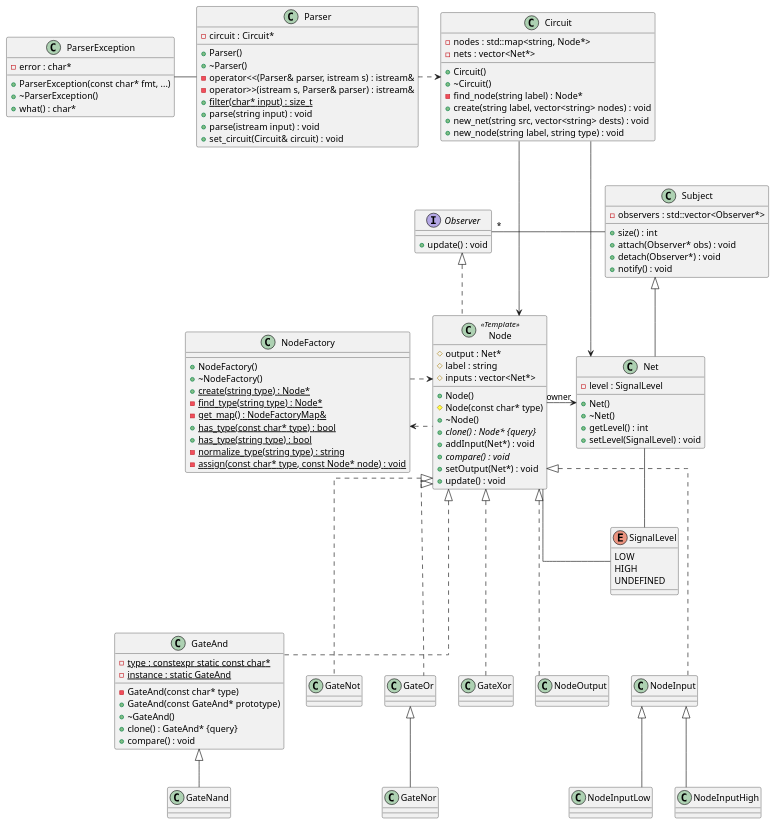
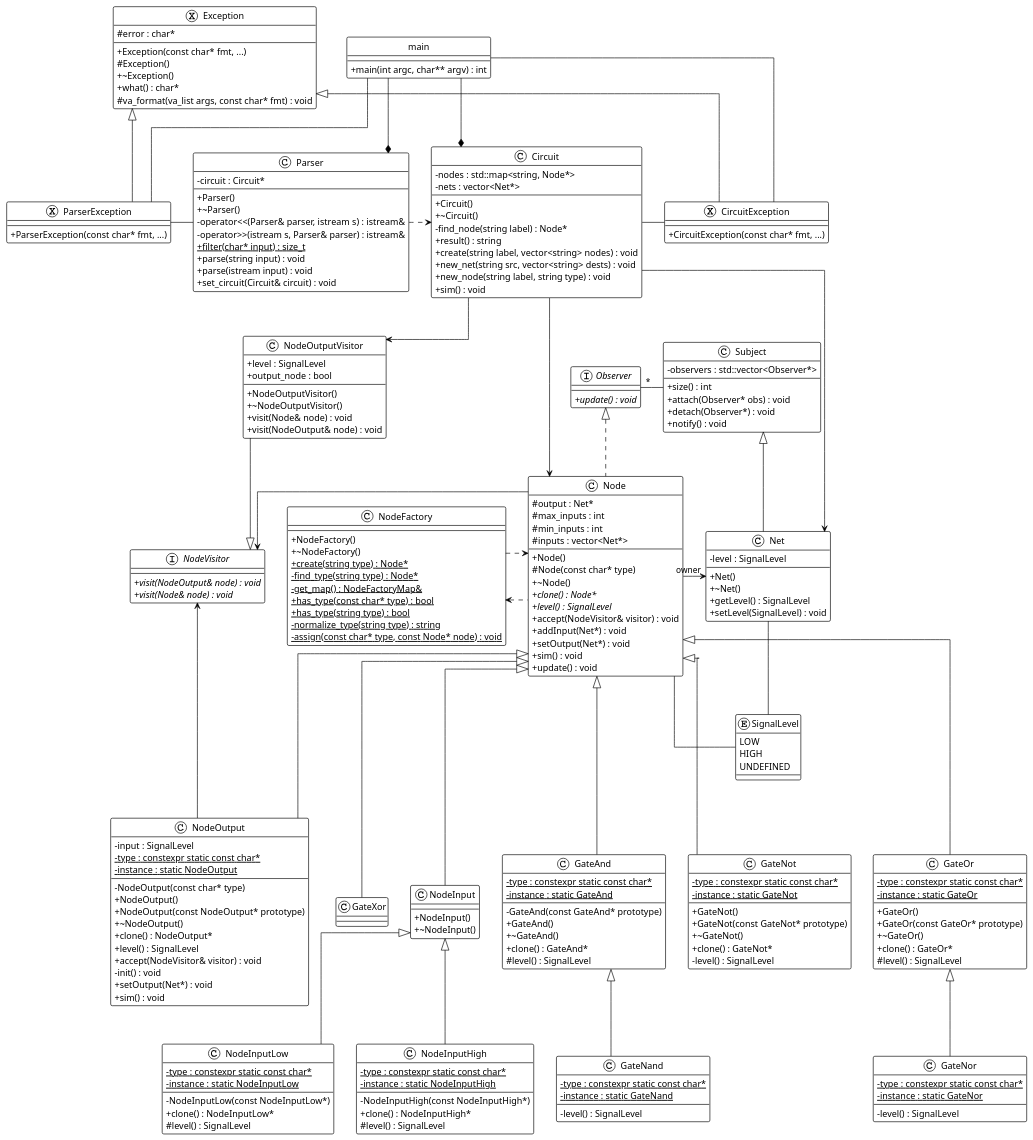
The diagram in docs/class-diag.puml (lonkaars/depa), drawn with PlantUML before and after one commit.

Commit message:
update class diagram

```diff
--- a/docs/class-diag.puml
+++ b/docs/class-diag.puml
@@ -1,26 +1,36 @@
 @startuml
 
+!theme plain
 skinparam linetype ortho
+skinparam classAttributeIconSize 0
 
-class Node <<Template>> { /' (also ConcreteObserver) '/
+class main {
+	+main(int argc, char** argv) : int
+}
+hide main circle
+
+class Node { /' (also ConcreteObserver) '/
 	+Node()
 	#Node(const char* type)
 	+~Node()
 	#output : Net*
-	+{abstract} clone() : Node* {query}
-	#label : string
+	+{abstract} clone() : Node*
+	+{abstract} level() : SignalLevel
+	#max_inputs : int
+	#min_inputs : int
 	#inputs : vector<Net*>
+	+accept(NodeVisitor& visitor) : void
 	+addInput(Net*) : void
-	+{abstract} compare() : void
 	+setOutput(Net*) : void
+	+sim() : void
 	+update() : void
+}
 
-}
 class Net { /' (also ConcreteSubject) '/
 	+Net()
 	+~Net()
 	-level : SignalLevel
-	+getLevel() : int
+	+getLevel() : SignalLevel
 	+setLevel(SignalLevel) : void
 }
 
@@ -31,59 +41,130 @@
 	+detach(Observer*) : void
 	+notify() : void
 }
+
 interface Observer {
-	+update() : void
+	+{abstract} update() : void
 }
 
 class GateAnd {
-	-GateAnd(const char* type)
-	+GateAnd(const GateAnd* prototype)
+	-GateAnd(const GateAnd* prototype)
+	+GateAnd()
 	+~GateAnd()
-	+clone() : GateAnd* {query}
+	+clone() : GateAnd*
+	#level() : SignalLevel
 	-{static} type : constexpr static const char*
 	-{static} instance : static GateAnd
-	+compare() : void
 }
-class GateNand
-class GateNor
-class GateNot
-class GateOr
-class GateXor
-class NodeOutput
-class NodeInput
+
+class GateNand {
+	-level() : SignalLevel
+	-{static} type : constexpr static const char*
+	-{static} instance : static GateNand
+}
+
+class GateNor {
+	-level() : SignalLevel
+	-{static} type : constexpr static const char*
+	-{static} instance : static GateNor
+}
+
+class GateNot {
+	+GateNot()
+	+GateNot(const GateNot* prototype)
+	+~GateNot()
+	+clone() : GateNot*
+	-level() : SignalLevel
+	-{static} type : constexpr static const char*
+	-{static} instance : static GateNot
+}
+
+class GateOr {
+	+GateOr()
+	+GateOr(const GateOr* prototype)
+	+~GateOr()
+	+clone() : GateOr*
+	#level() : SignalLevel
+	-{static} type : constexpr static const char*
+	-{static} instance : static GateOr
+}
+
+class GateXor {
+
+}
+
+class NodeInput {
+	+NodeInput()
+	+~NodeInput()
+}
+
 
 enum SignalLevel {
   LOW
 	HIGH
 	UNDEFINED
 }
-Net -- SignalLevel
-Node -- SignalLevel
 
-Node <|-[dashed]-- GateAnd
-GateAnd <|-- GateNand
-GateOr <|-- GateNor
-Node <|-[dashed]-- GateNot
-Node <|-[dashed]-- GateOr
-Node <|-[dashed]-- GateXor
-Node <|-[dashed]-- NodeOutput
-Node <|-[dashed]-- NodeInput
+class NodeInputLow {
+	-NodeInputLow(const NodeInputLow*)
+	+clone() : NodeInputLow*
+	#level() : SignalLevel
+	-{static} type : constexpr static const char*
+	-{static} instance : static NodeInputLow
+}
 
-class NodeInputLow
-class NodeInputHigh
-NodeInput <|-- NodeInputLow
-NodeInput <|-- NodeInputHigh
+class NodeInputHigh {
+	-NodeInputHigh(const NodeInputHigh*)
+	+clone() : NodeInputHigh*
+	#level() : SignalLevel
+	-{static} type : constexpr static const char*
+	-{static} instance : static NodeInputHigh
+}
 
-Subject <|-- Net
-Observer <|-[dashed]- Node
-Node -> "owner" Net
-Observer "*" - Subject
+class NodeOutput {
+	-NodeOutput(const char* type)
+	+NodeOutput()
+	+NodeOutput(const NodeOutput* prototype)
+	+~NodeOutput()
+	+clone() : NodeOutput*
+	-input : SignalLevel
+	+level() : SignalLevel
+	-{static} type : constexpr static const char*
+	-{static} instance : static NodeOutput
+	+accept(NodeVisitor& visitor) : void
+	-init() : void
+	+setOutput(Net*) : void
+	+sim() : void
+}
 
-class ParserException {
+class NodeOutputVisitor {
+	+NodeOutputVisitor()
+	+~NodeOutputVisitor()
+	+level : SignalLevel
+	+output_node : bool
+	+visit(Node& node) : void
+	+visit(NodeOutput& node) : void
+}
+
+interface NodeVisitor {
+	+{abstract} visit(NodeOutput& node) : void
+	+{abstract} visit(Node& node) : void
+}
+
+exception Exception {
+	+Exception(const char* fmt, ...)
+	#Exception()
+	+~Exception()
+	#error : char*
+	+what() : char*
+	#va_format(va_list args, const char* fmt) : void
+}
+
+exception CircuitException {
+	+CircuitException(const char* fmt, ...)
+}
+
+exception ParserException {
 	+ParserException(const char* fmt, ...)
-	+~ParserException()
-	-error : char*
-	+what() : char*
 }
 
 class Parser {
@@ -97,7 +178,6 @@
 	+parse(istream input) : void
 	+set_circuit(Circuit& circuit) : void
 }
-ParserException - Parser
 
 class NodeFactory {
 	+NodeFactory()
@@ -116,19 +196,46 @@
 	+~Circuit()
 	-find_node(string label) : Node*
 	-nodes : std::map<string, Node*>
+	+result() : string
 	-nets : vector<Net*>
 	+create(string label, vector<string> nodes) : void
 	+new_net(string src, vector<string> dests) : void
 	+new_node(string label, string type) : void
+	+sim() : void
 }
 
+main --* Parser
+main --* Circuit
+main -- CircuitException
+main -- ParserException
+NodeOutputVisitor --|> NodeVisitor
+NodeVisitor <- Node
+NodeVisitor <- NodeOutput
+NodeOutputVisitor <-left Circuit
+Net -- SignalLevel
+Node -- SignalLevel
+GateAnd <|-- GateNand
+GateOr <|-- GateNor
+Node <|--- GateAnd
+Node <|--- GateNot
+Node <|--- GateOr
+Node <|--- GateXor
+Node <|--- NodeOutput
+Node <|--- NodeInput
+NodeInput <|-- NodeInputLow
+NodeInput <|-- NodeInputHigh
+Subject <|-- Net
+Observer <|-[dashed]- Node
+Node -> "owner" Net
+Observer "*" - Subject
+Exception <|-- CircuitException
+Exception <|-- ParserException
+Parser -[dashed]> Circuit
+ParserException - Parser
+CircuitException -left Circuit
+NodeFactory -[dashed]> Node
+NodeFactory <-[dashed]- Node
 Circuit ---> Net
 Circuit ---> Node
 
-Parser -[dashed]> Circuit
-
-NodeFactory -[dashed]> Node
-NodeFactory <-[dashed]- Node
-
-
 @enduml
```
